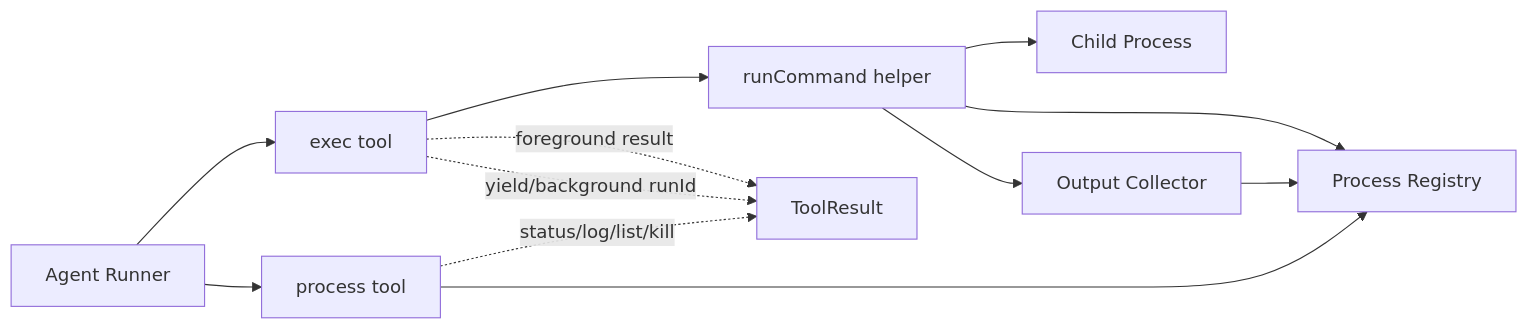
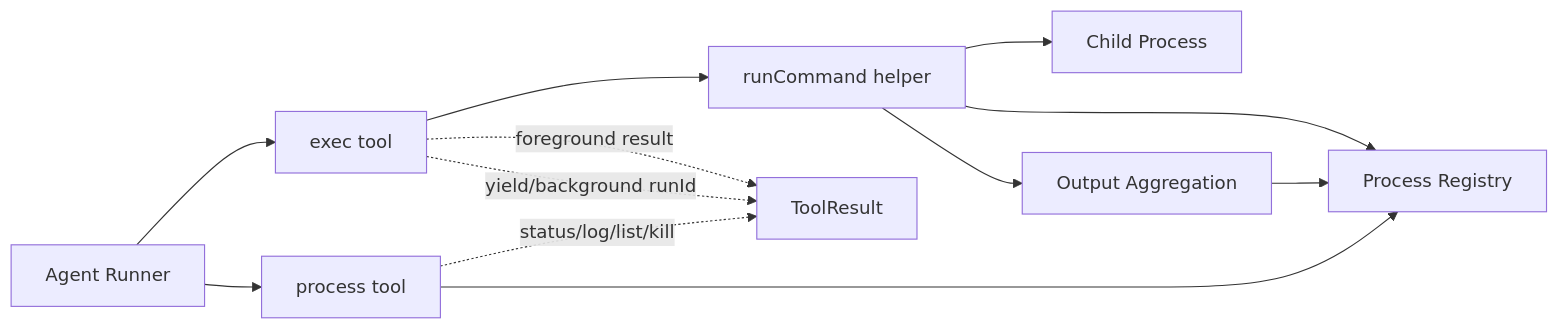
The first of 9 diagrams in docs/exec-process-flow-design.md (luciferwww/my-agent), drawn with Mermaid before and after one commit. The commit also changed other lines of this file and 26 other files, not shown here.

````diff
--- a/docs/exec-process-flow-design.md
+++ b/docs/exec-process-flow-design.md
@@ -55,15 +57,15 @@
 ```mermaid
 flowchart LR
   A[Agent Runner] --> B[exec tool]
   A --> C[process tool]
   B --> D[runCommand helper]
   D --> E[Child Process]
-  D --> F[Output Collector]
+  D --> F[Output Aggregation]
   D --> G[Process Registry]
   F --> G
   C --> G
 
   B -. foreground result .-> H[ToolResult]
   B -. yield/background runId .-> H
   C -. status/log/list/kill .-> H
 ```
````
